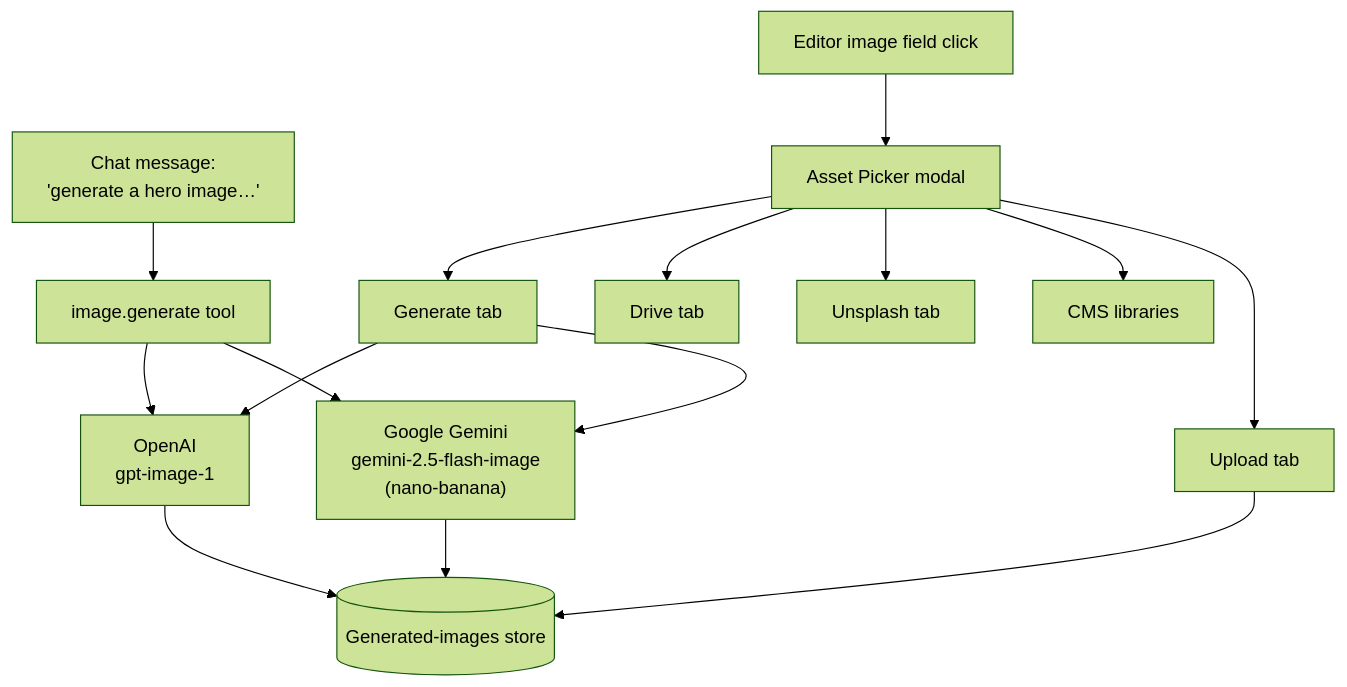
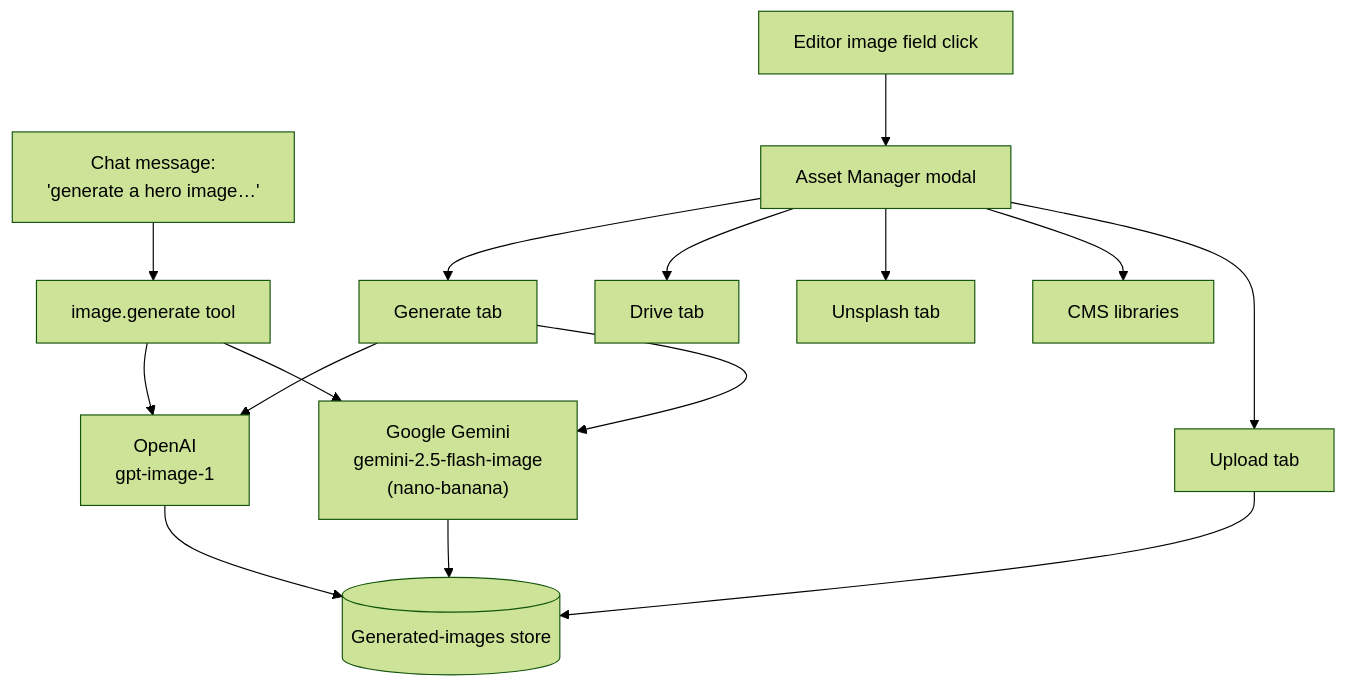
Before and after one commit to avocadostudio-ai/avocado: the diagram in docs-site/features/asset-picker.mdx, drawn with Mermaid (forest theme). The commit also changed other lines of this file and 8 other files, not shown here.

First line of the commit message:
docs: correct operation names, manifest shape, and asset manager rename

````diff
--- a/docs-site/features/asset-picker.mdx
+++ b/docs-site/features/asset-picker.mdx
@@ -13,23 +13,23 @@
 ```mermaid
 flowchart TD
     editor["Editor image field click"]
     chat["Chat message:<br/>'generate a hero image…'"]
 
-    editor --> modal["Asset Picker modal"]
+    editor --> modal["Asset Manager modal"]
     chat --> tool["image.generate tool"]
 
     modal --> generate["Generate tab"]
     modal --> drive["Drive tab"]
     modal --> unsplash["Unsplash tab"]
     modal --> cms["CMS libraries"]
     modal --> upload["Upload tab"]
 
     generate --> openai["OpenAI<br/>gpt-image-1"]
     generate --> gemini["Google Gemini<br/>gemini-2.5-flash-image<br/>(nano-banana)"]
     tool --> openai
     tool --> gemini
 
     openai --> storage[("Generated-images store")]
     gemini --> storage
     upload --> storage
 ```
````
